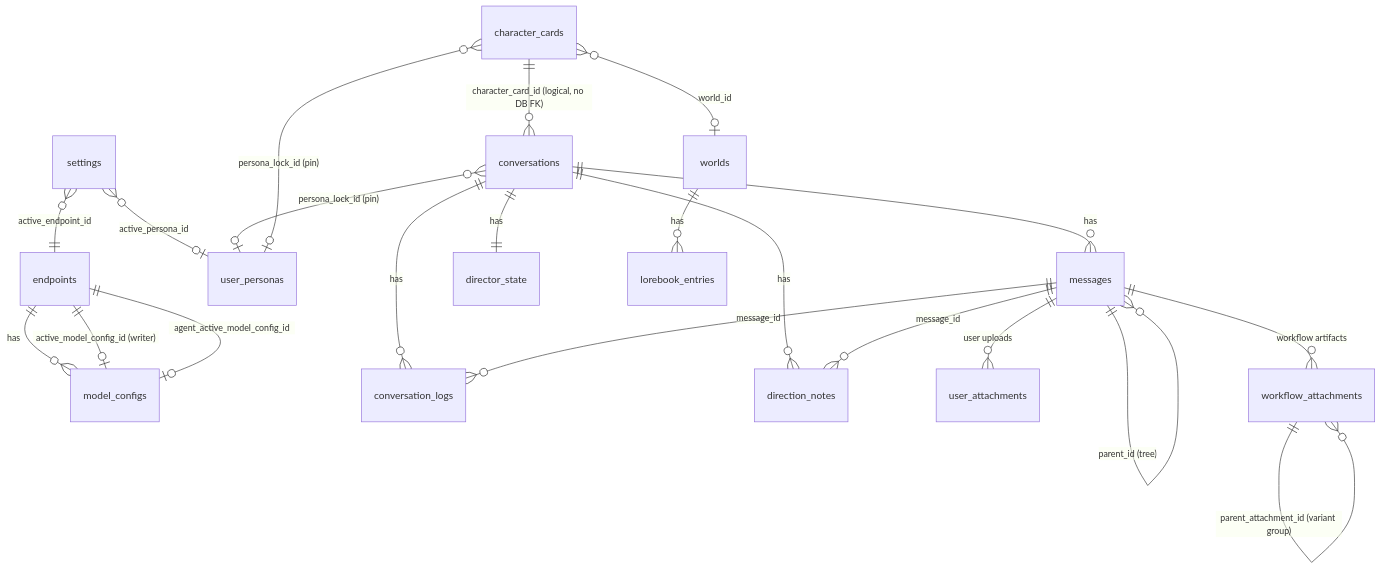
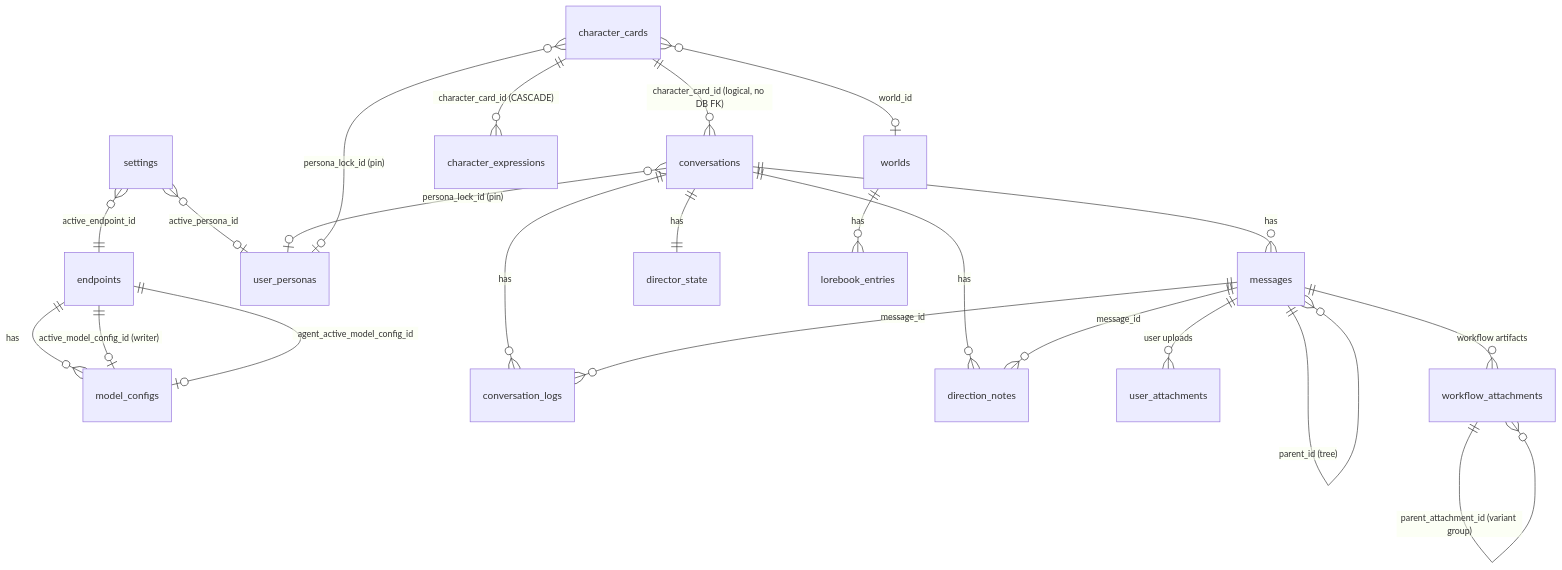
Before and after one commit to hpnyaggerman/Orb: the third of 4 diagrams in AGENTS.md, drawn with Mermaid. The commit also changed other lines of this file and 45 other files, not shown here.

First line of the commit message:
Local ML - Autocomplete, Slop scoring, Character expressions (#110)

````diff
--- a/AGENTS.md
+++ b/AGENTS.md
@@ -370,23 +377,24 @@
 ```mermaid
 erDiagram
     endpoints ||--o{ model_configs : has
     settings }o--|| endpoints : "active_endpoint_id"
     endpoints ||--o| model_configs : "active_model_config_id (writer)"
     endpoints ||--o| model_configs : "agent_active_model_config_id"
     settings }o--o| user_personas : "active_persona_id"
     conversations }o--o| user_personas : "persona_lock_id (pin)"
     character_cards }o--o| user_personas : "persona_lock_id (pin)"
+    character_cards ||--o{ character_expressions : "character_card_id (CASCADE)"
     character_cards ||--o{ conversations : "character_card_id (logical, no DB FK)"
     conversations ||--o{ messages : has
     messages ||--o{ messages : "parent_id (tree)"
     conversations ||--|| director_state : has
     conversations ||--o{ conversation_logs : has
     messages ||--o{ conversation_logs : "message_id"
     conversations ||--o{ direction_notes : has
     messages ||--o{ direction_notes : "message_id"
     messages ||--o{ user_attachments : "user uploads"
     messages ||--o{ workflow_attachments : "workflow artifacts"
     workflow_attachments ||--o{ workflow_attachments : "parent_attachment_id (variant group)"
     character_cards }o--o| worlds : "world_id"
     worlds ||--o{ lorebook_entries : has
 ```
````
